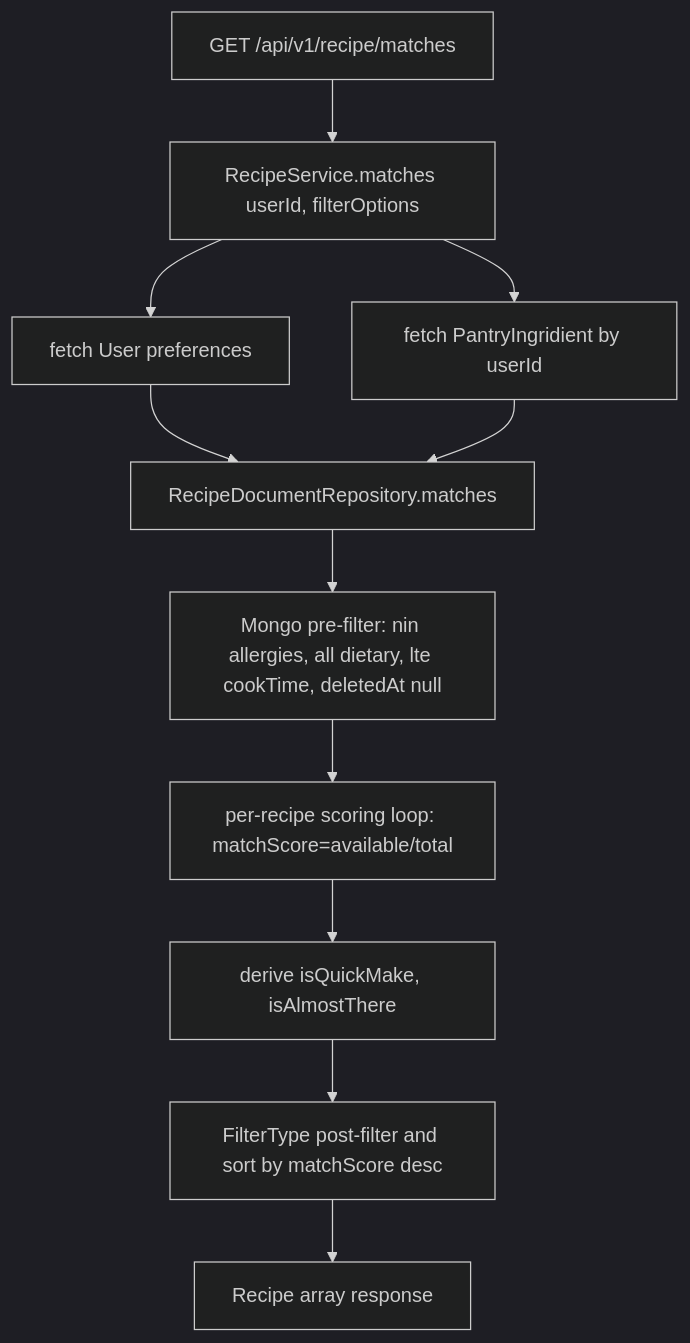
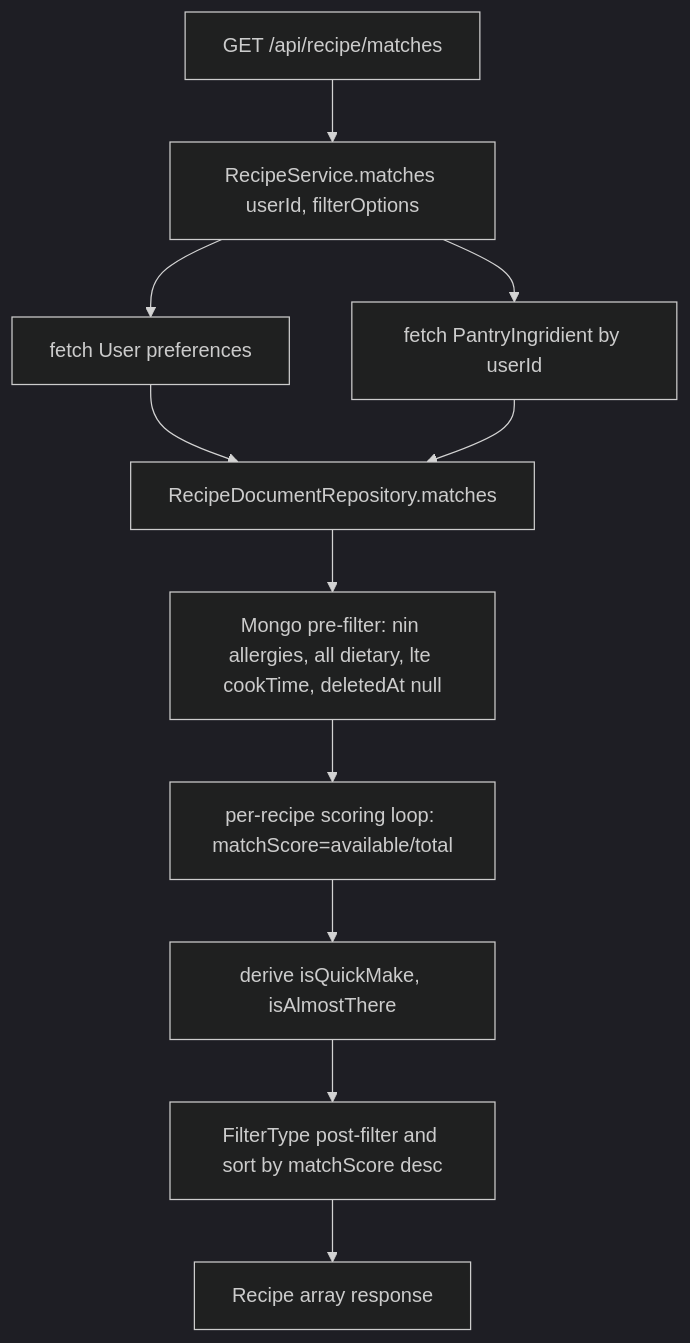
One commit to blitzy-public-samples/pantry-chef-traditional changed the diagram in backend/src/recipe/README.md. Above: the diagram before and after it, drawn with Mermaid (dark theme). The commit also changed other lines of this file and 42 other files, not shown here.

````diff
--- a/backend/src/recipe/README.md
+++ b/backend/src/recipe/README.md
@@ -106,13 +106,13 @@
 ```mermaid
 flowchart TD
-    A[GET /api/v1/recipe/matches] --> B[RecipeService.matches userId, filterOptions]
+    A[GET /api/recipe/matches] --> B[RecipeService.matches userId, filterOptions]
     B --> C[fetch User preferences]
     B --> D[fetch PantryIngridient by userId]
     C --> E[RecipeDocumentRepository.matches]
     D --> E
     E --> F[Mongo pre-filter: nin allergies, all dietary, lte cookTime, deletedAt null]
     F --> G[per-recipe scoring loop: matchScore=available/total]
     G --> H[derive isQuickMake, isAlmostThere]
     H --> I[FilterType post-filter and sort by matchScore desc]
     I --> J[Recipe array response]
 ```
````
